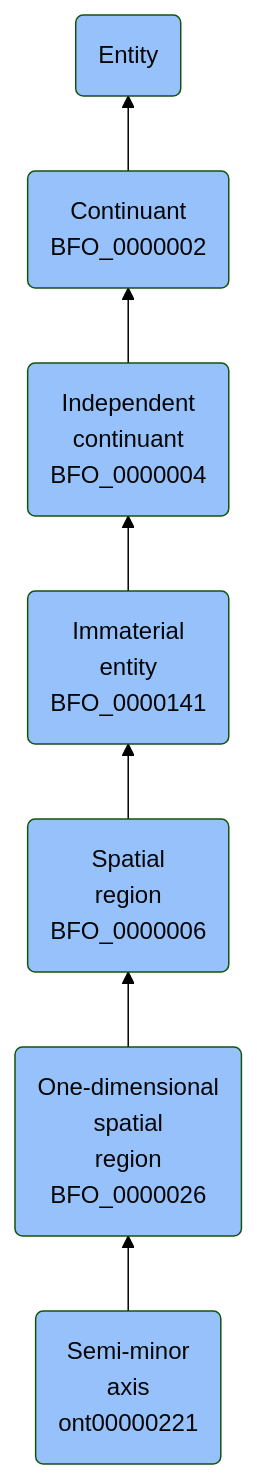
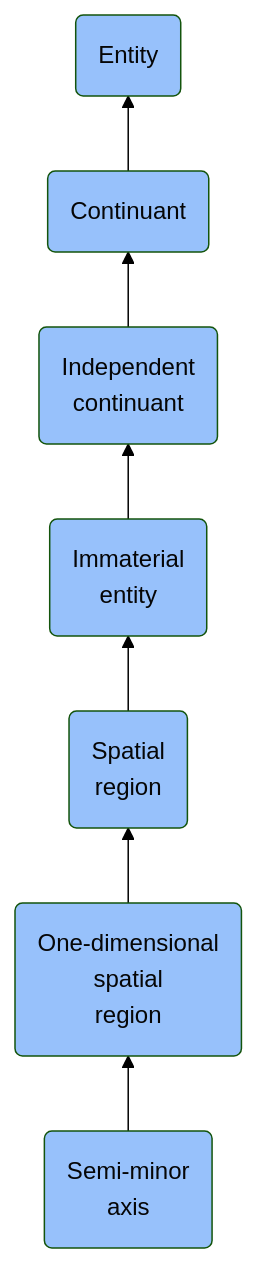
The diagram in docs/ontology/reference/model/Entity/Continuant/Independent continuant/Immaterial entity/Spatial region/One-dimensional spatial region/Semi-minor axis/Semi-minor axis.md (jupyter-naas/abi), drawn with Mermaid (forest theme) before and after one commit. The commit also changed other lines of this file and 1430 other files, not shown here.

````diff
--- a/docs/ontology/reference/model/Entity/Continuant/Independent continuant/Immaterial entity/Spatial region/One-dimensional spatial region/Semi-minor axis/Semi-minor axis.md
+++ b/docs/ontology/reference/model/Entity/Continuant/Independent continuant/Immaterial entity/Spatial region/One-dimensional spatial region/Semi-minor axis/Semi-minor axis.md
@@ -24,14 +24,14 @@
 ```mermaid
 graph BT
-    ont00000221(Semi-minor<br>axis<br>ont00000221):::BFO-->BFO_0000026
-    BFO_0000026(One-dimensional<br>spatial<br>region<br>BFO_0000026):::BFO-->BFO_0000006
-    BFO_0000006(Spatial<br>region<br>BFO_0000006):::BFO-->BFO_0000141
-    BFO_0000141(Immaterial<br>entity<br>BFO_0000141):::BFO-->BFO_0000004
-    BFO_0000004(Independent<br>continuant<br>BFO_0000004):::BFO-->BFO_0000002
-    BFO_0000002(Continuant<br>BFO_0000002):::BFO-->BFO_0000001
+    ont00000221(Semi-minor<br>axis):::BFO-->BFO_0000026
+    BFO_0000026(One-dimensional<br>spatial<br>region):::BFO-->BFO_0000006
+    BFO_0000006(Spatial<br>region):::BFO-->BFO_0000141
+    BFO_0000141(Immaterial<br>entity):::BFO-->BFO_0000004
+    BFO_0000004(Independent<br>continuant):::BFO-->BFO_0000002
+    BFO_0000002(Continuant):::BFO-->BFO_0000001
     BFO_0000001(Entity):::BFO
     
     classDef BFO fill:#97c1fb,color:#060606
     classDef CCO fill:#e4c51e,color:#060606
     classDef ABI fill:#48DD82,color:#060606
 ```
````
